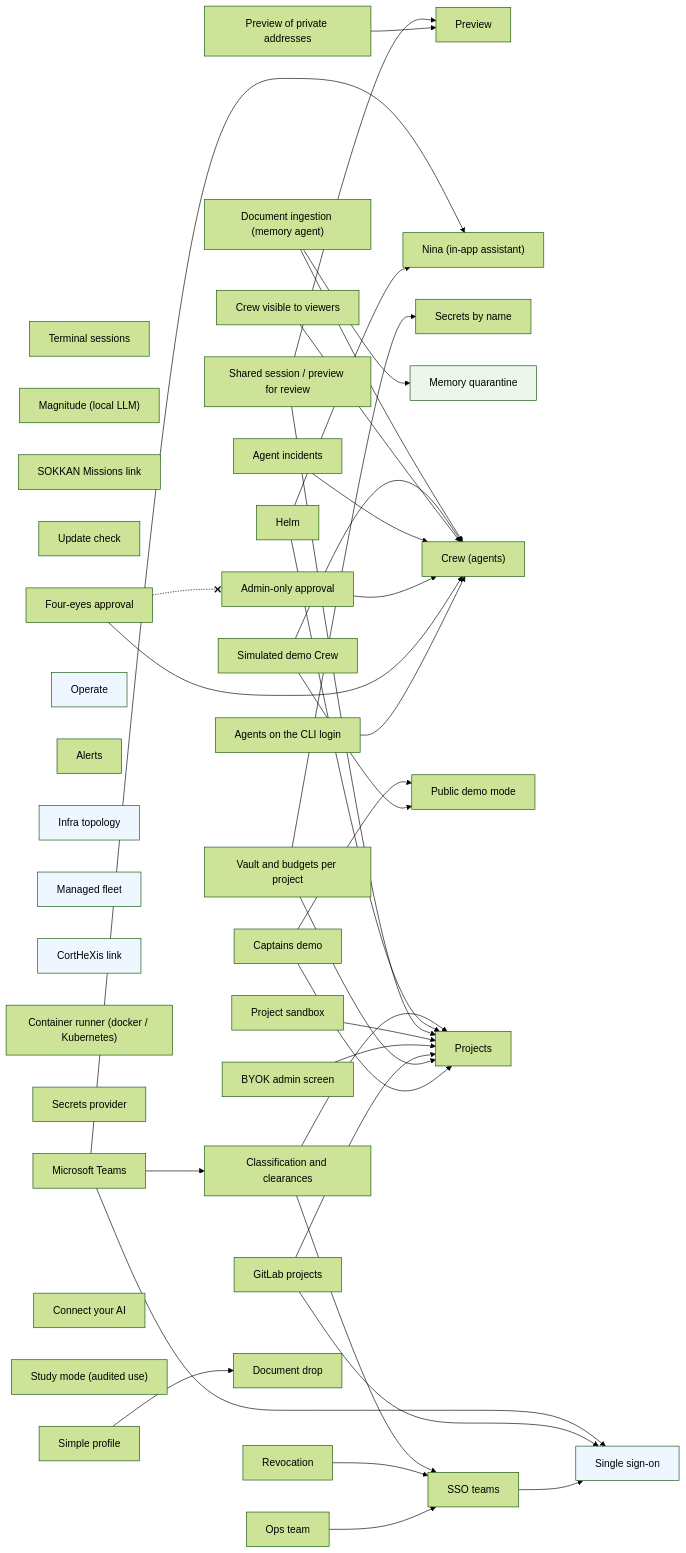
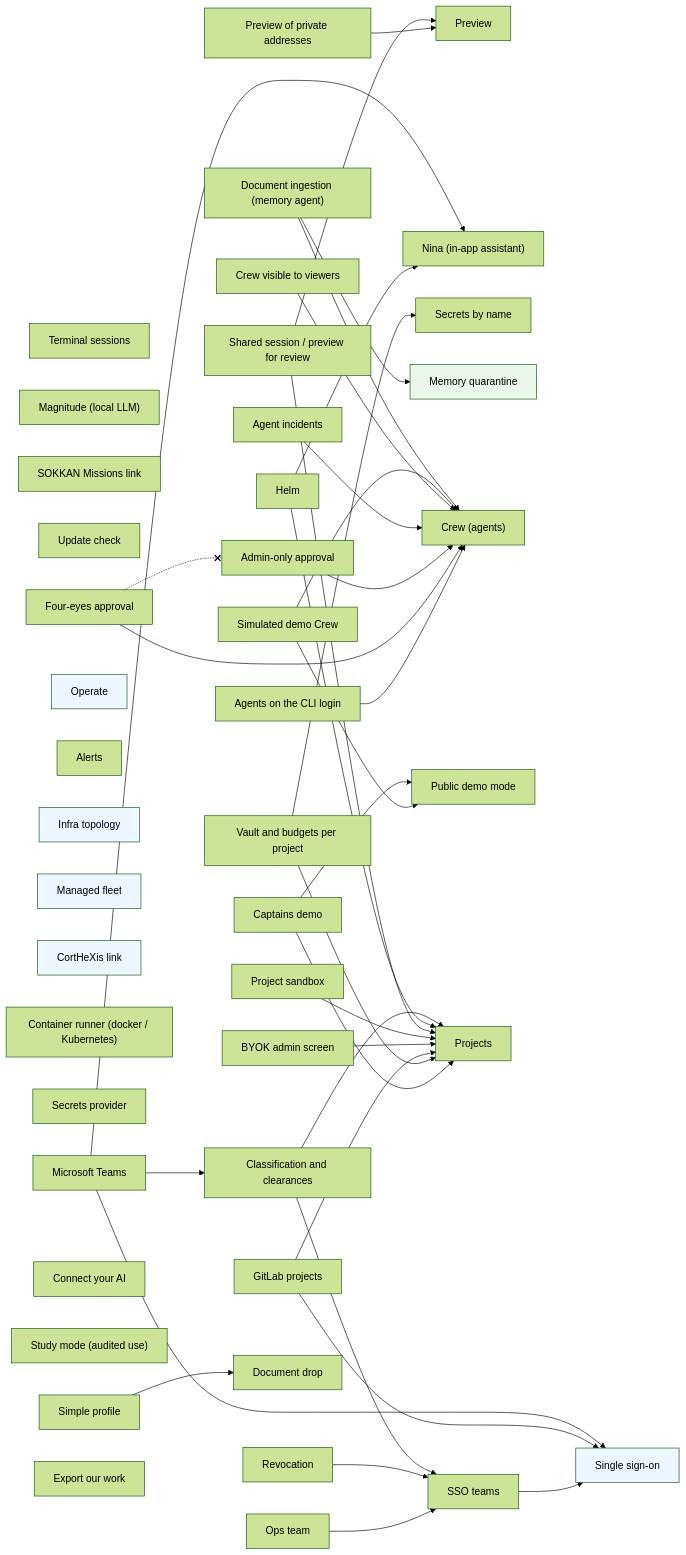
Before and after one commit to ninabot-ch/sokkan: the diagram in docs/enterprise/FEATURES.md, drawn with Mermaid (forest theme). The commit also changed other lines of this file and 14 other files, not shown here.

First line of the commit message:
feat: export our work — an admin's zip of notes, tools and deliverables, without any secret

```diff
--- a/docs/enterprise/FEATURES.md
+++ b/docs/enterprise/FEATURES.md
@@ -109,6 +110,7 @@
   study_mode["Study mode (audited use)"]
   documents["Document drop"]
   simple_profile["Simple profile"]
+  work_export["Export our work"]
   preview_private_targets --> preview
   agents_cli_login --> agents
   four_eyes --> agents
```
